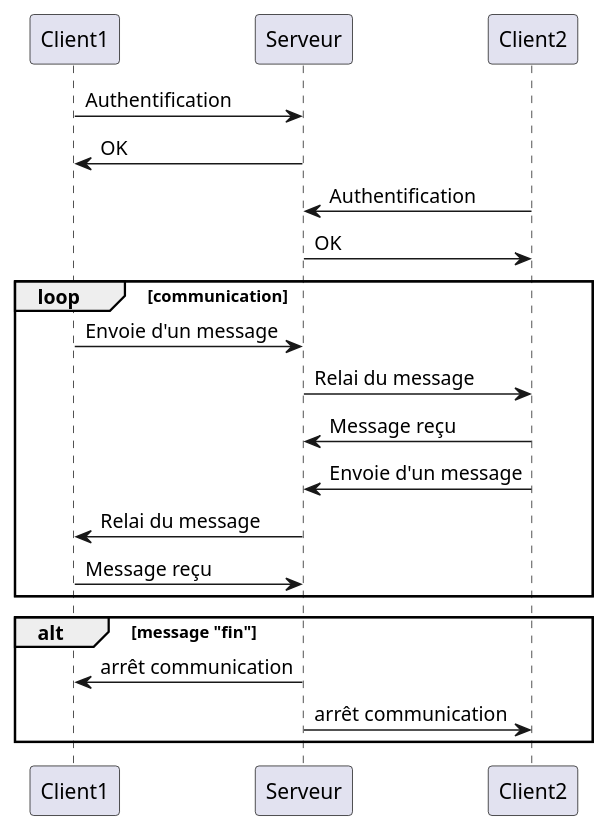
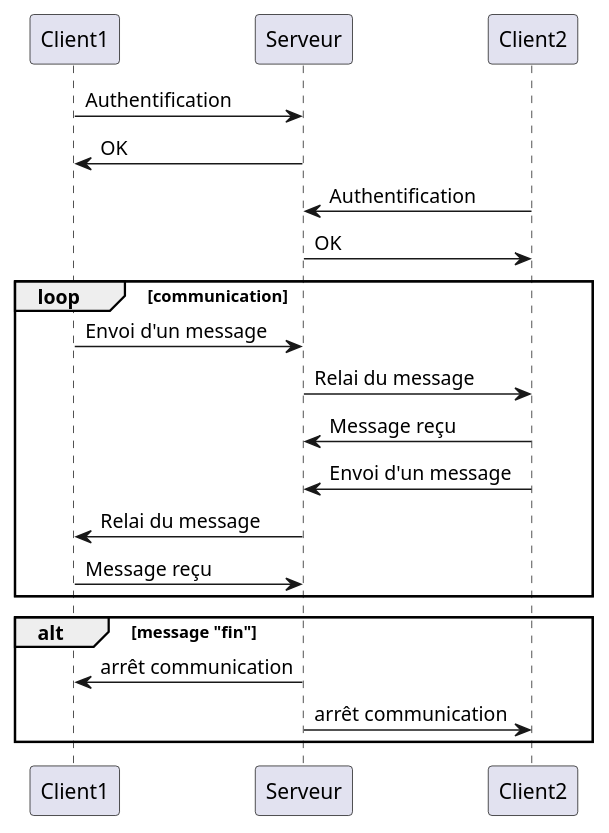
One commit to DisaroSkell/raipon_FDP changed the diagram in diagseq.plantuml. Above: the diagram before and after it, drawn with PlantUML.

Commit message:
correction ortho

```diff
--- a/diagseq.plantuml
+++ b/diagseq.plantuml
@@ -1,19 +1,19 @@
 @startuml
 
 Client1 -> Serveur: Authentification
 Serveur -> Client1: OK
 Client2 -> Serveur: Authentification
 Serveur -> Client2: OK
 loop communication
-Client1 -> Serveur: Envoie d'un message
+Client1 -> Serveur: Envoi d'un message
 Serveur -> Client2: Relai du message
 Client2 -> Serveur: Message reçu
-Client2 -> Serveur: Envoie d'un message
+Client2 -> Serveur: Envoi d'un message
 Serveur -> Client1: Relai du message
 Client1 -> Serveur: Message reçu
 end
 alt message "fin"
     Serveur -> Client1: arrêt communication
     Serveur -> Client2: arrêt communication
 end
 @enduml
```
